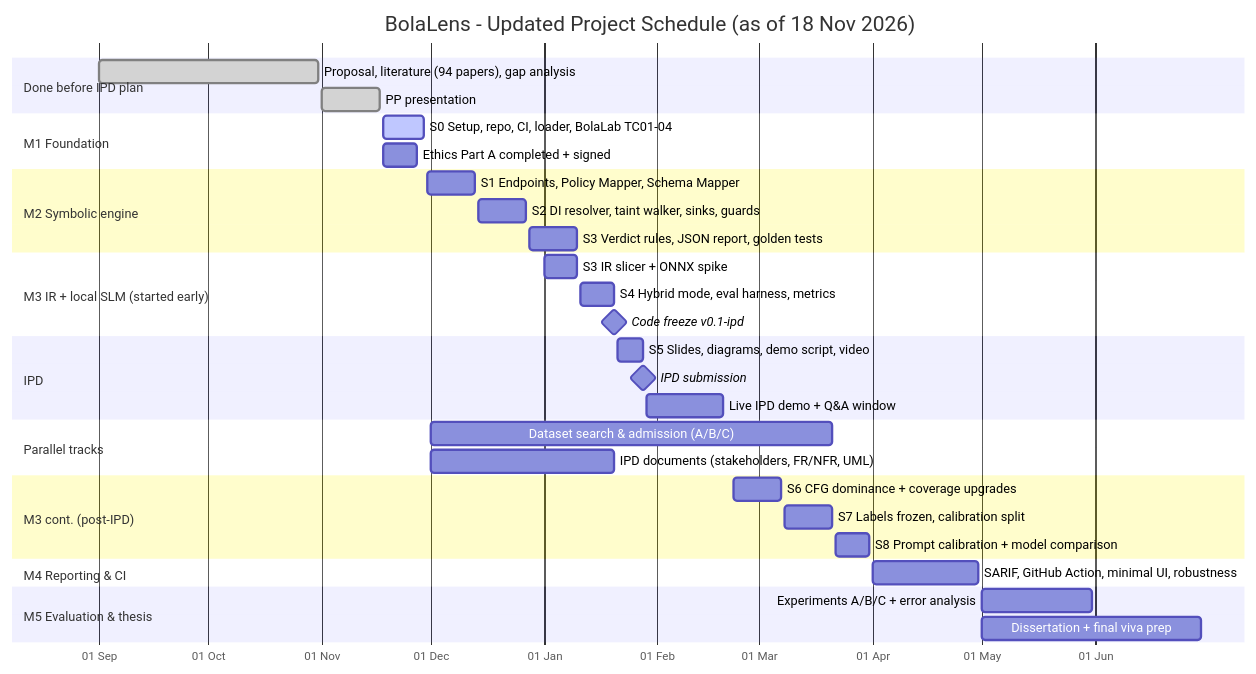
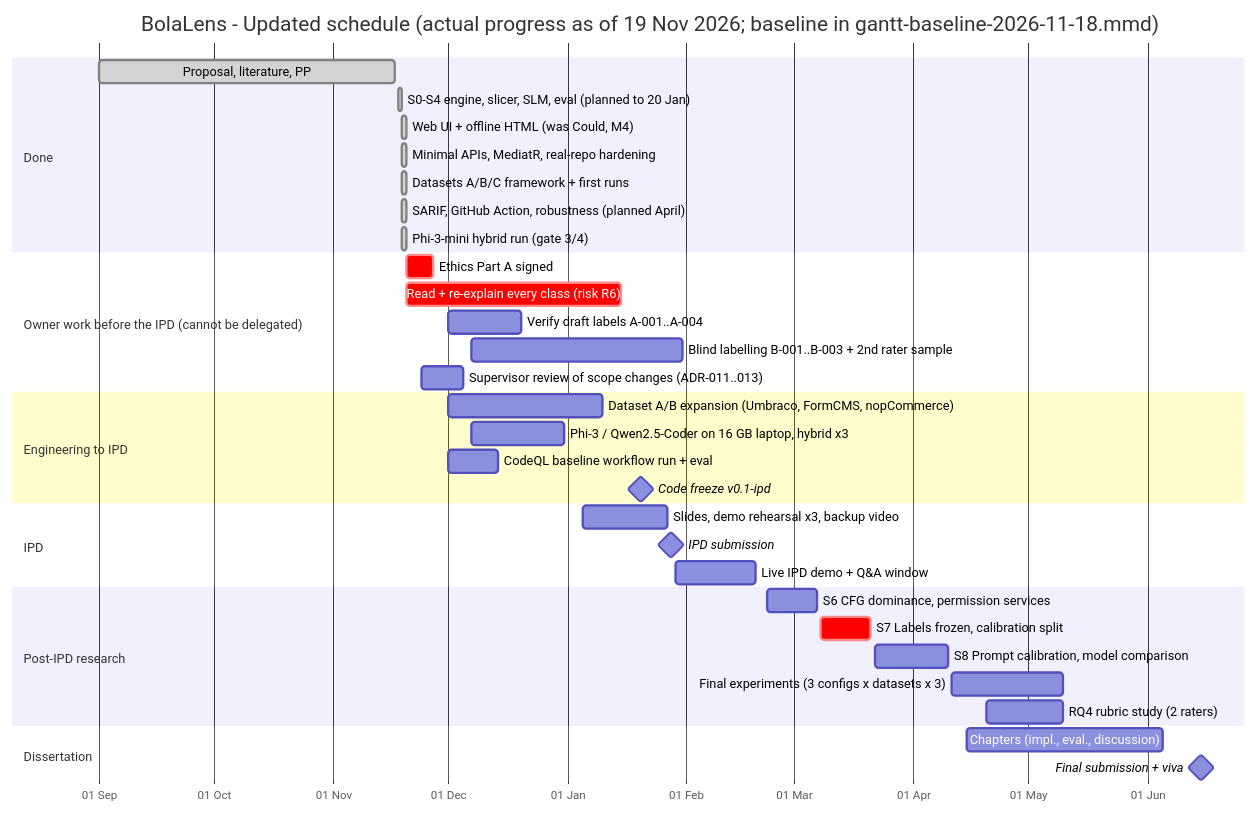
The diagram in docs/diagrams/gantt.mmd (LasaKaru/Final_Year_Project), drawn with Mermaid before and after one commit. The commit also changed 33 other files, not shown here.

First line of the commit message:
docs(ipd): stakeholder onion, updated Gantt with deviations, demo script, Q&A evidence map

```diff
--- a/docs/diagrams/gantt.mmd
+++ b/docs/diagrams/gantt.mmd
@@ -1,43 +1,42 @@
 gantt
-    title BolaLens - Updated Project Schedule (as of 18 Nov 2026)
+    title BolaLens - Updated schedule (actual progress as of 19 Nov 2026; baseline in gantt-baseline-2026-11-18.mmd)
     dateFormat  YYYY-MM-DD
     axisFormat  %d %b
 
-    section Done before IPD plan
-    Proposal, literature (94 papers), gap analysis :done, pp1, 2026-09-01, 2026-10-31
-    PP presentation                                :done, pp2, 2026-11-01, 2026-11-17
+    section Done
+    Proposal, literature, PP                           :done, pp, 2026-09-01, 2026-11-17
+    S0-S4 engine, slicer, SLM, eval (planned to 20 Jan) :done, s04, 2026-11-18, 2026-11-19
+    Web UI + offline HTML (was Could, M4)              :done, ui, 2026-11-19, 1d
+    Minimal APIs, MediatR, real-repo hardening         :done, rr, 2026-11-19, 1d
+    Datasets A/B/C framework + first runs              :done, ds, 2026-11-19, 1d
+    SARIF, GitHub Action, robustness (planned April)   :done, m4, 2026-11-19, 1d
+    Phi-3-mini hybrid run (gate 3/4)                   :done, phi, 2026-11-19, 1d
 
-    section M1 Foundation
-    S0 Setup, repo, CI, loader, BolaLab TC01-04     :active, s0, 2026-11-18, 2026-11-29
-    Ethics Part A completed + signed               :e1, 2026-11-18, 2026-11-27
+    section Owner work before the IPD (cannot be delegated)
+    Ethics Part A signed                               :crit, e1, 2026-11-20, 2026-11-27
+    Read + re-explain every class (risk R6)            :crit, own, 2026-11-20, 2027-01-15
+    Verify draft labels A-001..A-004                   :lab1, 2026-12-01, 2026-12-20
+    Blind labelling B-001..B-003 + 2nd rater sample    :lab2, 2026-12-07, 2027-01-31
+    Supervisor review of scope changes (ADR-011..013)  :sup, 2026-11-24, 2026-12-05
 
-    section M2 Symbolic engine
-    S1 Endpoints, Policy Mapper, Schema Mapper     :s1, 2026-11-30, 2026-12-13
-    S2 DI resolver, taint walker, sinks, guards    :s2, 2026-12-14, 2026-12-27
-    S3 Verdict rules, JSON report, golden tests    :s3, 2026-12-28, 2027-01-10
-
-    section M3 IR + local SLM (started early)
-    S3 IR slicer + ONNX spike                      :s3b, 2027-01-01, 2027-01-10
-    S4 Hybrid mode, eval harness, metrics          :s4, 2027-01-11, 2027-01-20
-    Code freeze v0.1-ipd                           :milestone, m1, 2027-01-20, 0d
+    section Engineering to IPD
+    Dataset A/B expansion (Umbraco, FormCMS, nopCommerce) :d1, 2026-12-01, 2027-01-10
+    Phi-3 / Qwen2.5-Coder on 16 GB laptop, hybrid x3   :m1, 2026-12-07, 2026-12-31
+    CodeQL baseline workflow run + eval                :b1, 2026-12-01, 2026-12-14
+    Code freeze v0.1-ipd                               :milestone, cf, 2027-01-20, 0d
 
     section IPD
-    S5 Slides, diagrams, demo script, video        :s5, 2027-01-21, 2027-01-28
-    IPD submission                                 :milestone, m2, 2027-01-28, 0d
-    Live IPD demo + Q&A window                     :ipd, 2027-01-29, 2027-02-19
+    Slides, demo rehearsal x3, backup video            :s5, 2027-01-05, 2027-01-27
+    IPD submission                                     :milestone, ipd, 2027-01-28, 0d
+    Live IPD demo + Q&A window                         :ipdw, 2027-01-29, 2027-02-19
 
-    section Parallel tracks
-    Dataset search & admission (A/B/C)             :d1, 2026-12-01, 2027-03-21
-    IPD documents (stakeholders, FR/NFR, UML)      :doc1, 2026-12-01, 2027-01-20
+    section Post-IPD research
+    S6 CFG dominance, permission services              :s6, 2027-02-22, 2027-03-07
+    S7 Labels frozen, calibration split                :crit, s7, 2027-03-08, 2027-03-21
+    S8 Prompt calibration, model comparison            :s8, 2027-03-22, 2027-04-10
+    Final experiments (3 configs x datasets x 3)       :ex, 2027-04-11, 2027-05-10
+    RQ4 rubric study (2 raters)                        :rq4, 2027-04-20, 2027-05-10
 
-    section M3 cont. (post-IPD)
-    S6 CFG dominance + coverage upgrades           :s6, 2027-02-22, 2027-03-07
-    S7 Labels frozen, calibration split            :s7, 2027-03-08, 2027-03-21
-    S8 Prompt calibration + model comparison       :s8, 2027-03-22, 2027-03-31
-
-    section M4 Reporting & CI
-    SARIF, GitHub Action, minimal UI, robustness   :m4, 2027-04-01, 2027-04-30
-
-    section M5 Evaluation & thesis
-    Experiments A/B/C + error analysis             :m5a, 2027-05-01, 2027-05-31
-    Dissertation + final viva prep                 :m5b, 2027-05-01, 2027-06-30
+    section Dissertation
+    Chapters (impl., eval., discussion)                :th, 2027-04-15, 2027-06-05
+    Final submission + viva                            :milestone, fin, 2027-06-15, 0d
```
